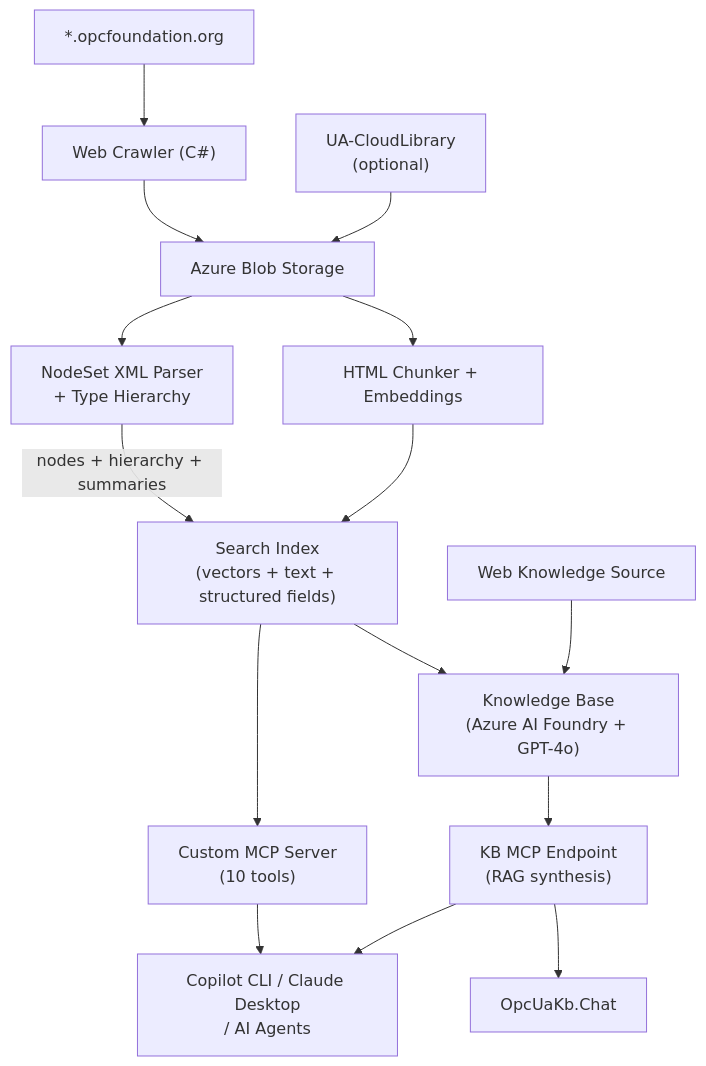
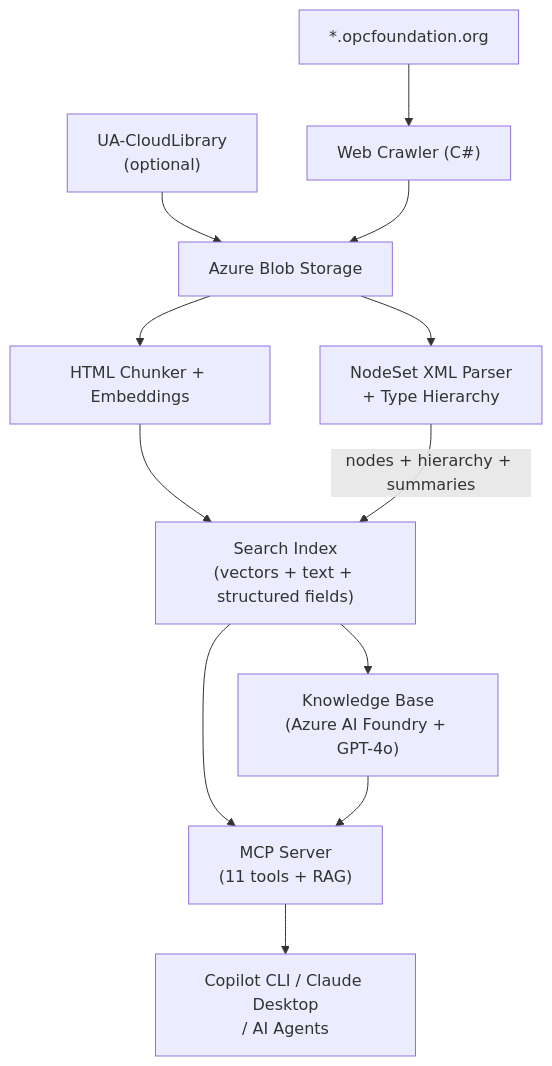
One commit to marcschier/OpcUaKb changed the diagram in README.md. Above: the diagram before and after it, drawn with Mermaid. The commit also changed other lines of this file and 7 other files, not shown here.

First line of the commit message:
Add search_docs_rag tool: consolidate to single MCP endpoint

````diff
--- a/README.md
+++ b/README.md
@@ -35,17 +35,14 @@
 ```mermaid
 graph TD
     OPC["*.opcfoundation.org"] --> Crawler["Web Crawler (C#)"]
     CloudLib["UA-CloudLibrary<br/>(optional)"] --> Blob
     Crawler --> Blob["Azure Blob Storage"]
     Blob --> Chunker["HTML Chunker + Embeddings"]
     Blob --> NodeSet["NodeSet XML Parser<br/>+ Type Hierarchy"]
     Chunker --> Index["Search Index<br/>(vectors + text + structured fields)"]
     NodeSet --> |"nodes + hierarchy + summaries"| Index
-    Web["Web Knowledge Source"] --> KB["Knowledge Base<br/>(Azure AI Foundry + GPT-4o)"]
-    Index --> KB
-    KB --> MCP1["KB MCP Endpoint<br/>(RAG synthesis)"]
-    Index --> McpServer["Custom MCP Server<br/>(10 tools)"]
-    MCP1 --> Clients["Copilot CLI / Claude Desktop<br/>/ AI Agents"]
-    McpServer --> Clients
-    MCP1 --> Chat["OpcUaKb.Chat"]
+    Index --> McpServer["MCP Server<br/>(11 tools + RAG)"]
+    Index --> KB["Knowledge Base<br/>(Azure AI Foundry + GPT-4o)"]
+    KB --> McpServer
+    McpServer --> Clients["Copilot CLI / Claude Desktop<br/>/ AI Agents"]
 ```
````
